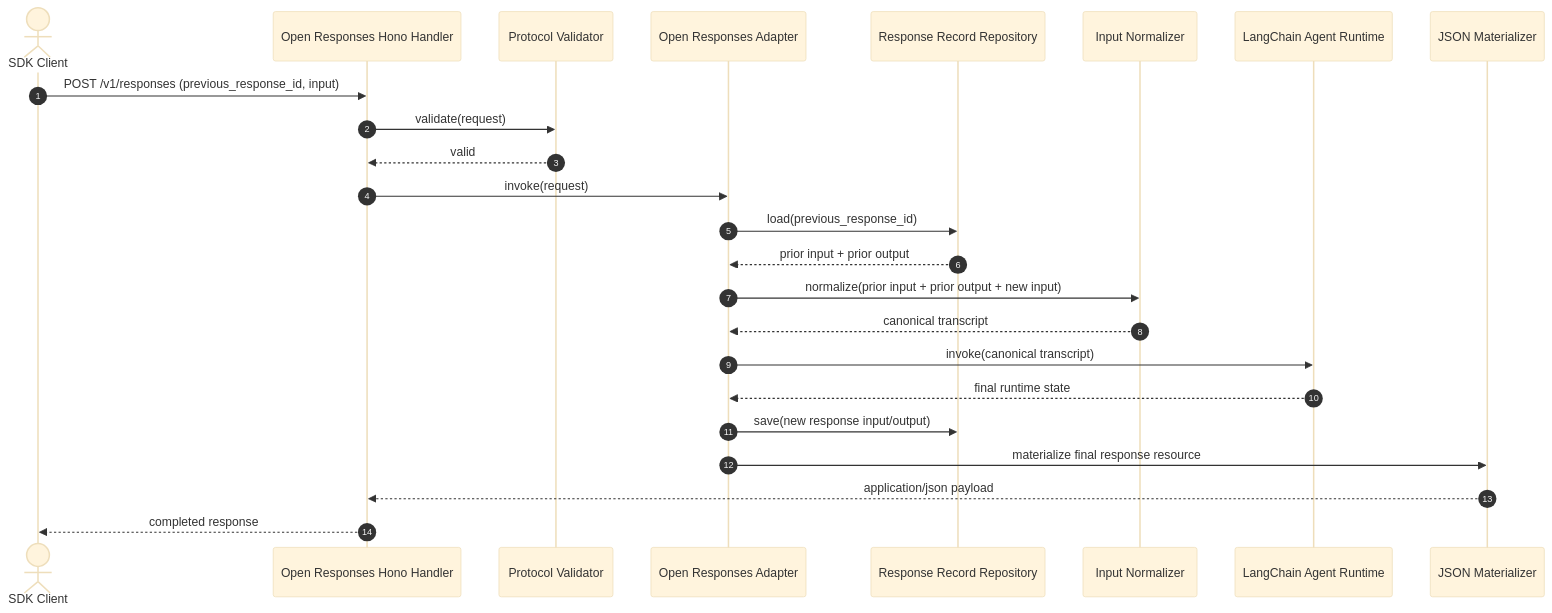
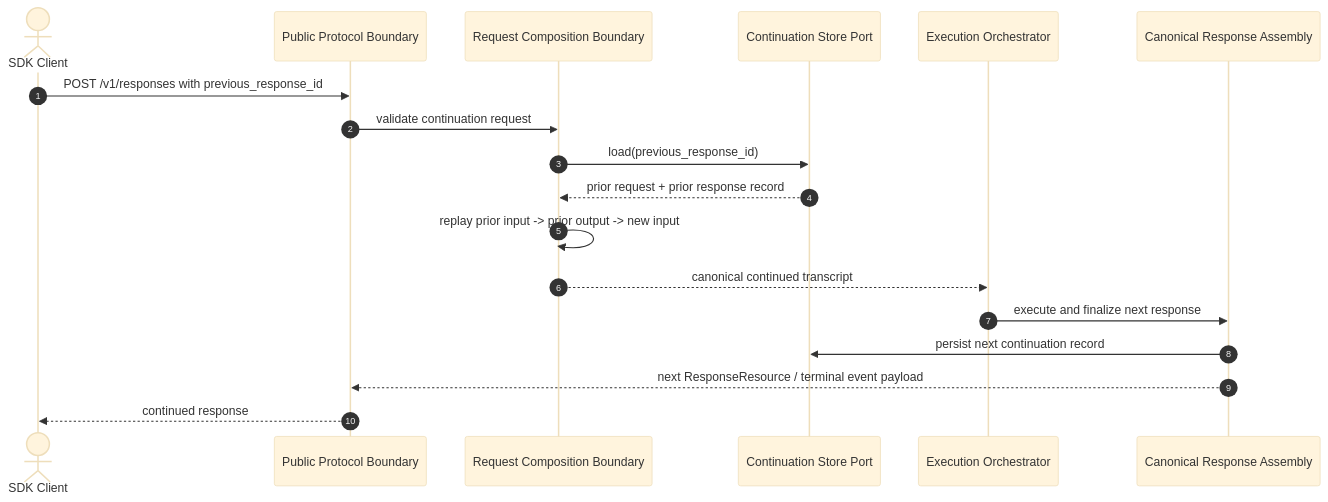
The fifth of 7 diagrams in packages/openresponses-adapter/docs/Architecture.md (SkrOYC/langchain-middlewares-callbacks-ts), drawn with Mermaid (base theme) before and after one commit. The commit also changed other lines of this file and 3 other files, not shown here.

````diff
--- a/packages/openresponses-adapter/docs/Architecture.md
+++ b/packages/openresponses-adapter/docs/Architecture.md
@@ -211,27 +238,21 @@
 ```mermaid
 sequenceDiagram
     autonumber
     actor Client as SDK Client
-    participant Handler as Open Responses Hono Handler
-    participant Validator as Protocol Validator
-    participant Adapter as Open Responses Adapter
-    participant Repo as Response Record Repository
-    participant Normalizer as Input Normalizer
-    participant Agent as LangChain Agent Runtime
-    participant JSON as JSON Materializer
+    participant Protocol as Public Protocol Boundary
+    participant Compose as Request Composition Boundary
+    participant Store as Continuation Store Port
+    participant Orchestrator as Execution Orchestrator
+    participant State as Canonical Response Assembly
 
-    Client->>Handler: POST /v1/responses (previous_response_id, input)
-    Handler->>Validator: validate(request)
-    Validator-->>Handler: valid
-    Handler->>Adapter: invoke(request)
-    Adapter->>Repo: load(previous_response_id)
-    Repo-->>Adapter: prior input + prior output
-    Adapter->>Normalizer: normalize(prior input + prior output + new input)
-    Normalizer-->>Adapter: canonical transcript
-    Adapter->>Agent: invoke(canonical transcript)
-    Agent-->>Adapter: final runtime state
-    Adapter->>Repo: save(new response input/output)
-    Adapter->>JSON: materialize final response resource
-    JSON-->>Handler: application/json payload
-    Handler-->>Client: completed response
+    Client->>Protocol: POST /v1/responses with previous_response_id
+    Protocol->>Compose: validate continuation request
+    Compose->>Store: load(previous_response_id)
+    Store-->>Compose: prior request + prior response record
+    Compose->>Compose: replay prior input -> prior output -> new input
+    Compose-->>Orchestrator: canonical continued transcript
+    Orchestrator->>State: execute and finalize next response
+    State->>Store: persist next continuation record
+    State-->>Protocol: next ResponseResource / terminal event payload
+    Protocol-->>Client: continued response
 ```
````
